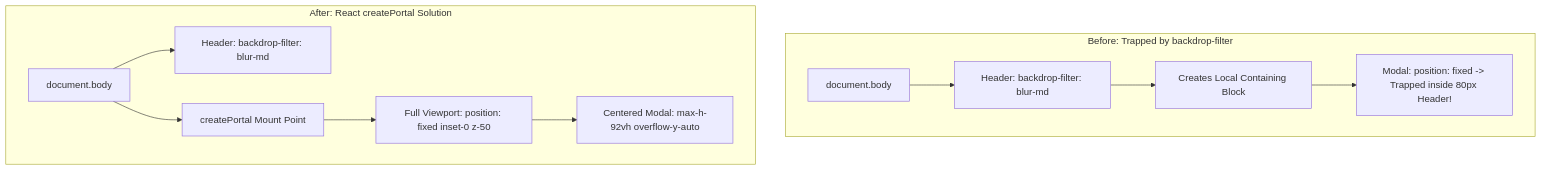
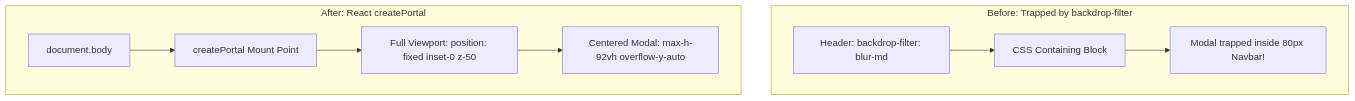
The diagram in docs/members/riya-adhikari/README.md (HackOpsIndia/KrishiSetu), drawn with Mermaid before and after one commit. The commit also changed other lines of this file and 24 other files, not shown here.

````diff
--- a/docs/members/riya-adhikari/README.md
+++ b/docs/members/riya-adhikari/README.md
@@ -107,15 +24,13 @@
 ```mermaid
 graph TD
-    subgraph BuggyHierarchy [Before: Trapped by backdrop-filter]
-        Body1[document.body] --> Header[Header: backdrop-filter: blur-md]
-        Header --> StackingContext[Creates Local Containing Block]
-        StackingContext --> BrokenModal[Modal: position: fixed -> Trapped inside 80px Header!]
+    subgraph Bug [Before: Trapped by backdrop-filter]
+        Header[Header: backdrop-filter: blur-md] --> ContainingBlock[CSS Containing Block]
+        ContainingBlock --> TrappedModal[Modal trapped inside 80px Navbar!]
     end
 
-    subgraph PortalHierarchy [After: React createPortal Solution]
-        Body2[document.body] --> NormalHeader[Header: backdrop-filter: blur-md]
-        Body2 --> PortalMount[createPortal Mount Point]
-        PortalMount --> FixedBackdrop[Full Viewport: position: fixed inset-0 z-50]
-        FixedBackdrop --> CenteredDialog[Centered Modal: max-h-92vh overflow-y-auto]
+    subgraph PortalFix [After: React createPortal]
+        Body[document.body] --> Portal[createPortal Mount Point]
+        Portal --> FullBackdrop[Full Viewport: position: fixed inset-0 z-50]
+        FullBackdrop --> CenteredCard[Centered Modal: max-h-92vh overflow-y-auto]
     end
 ```
````
